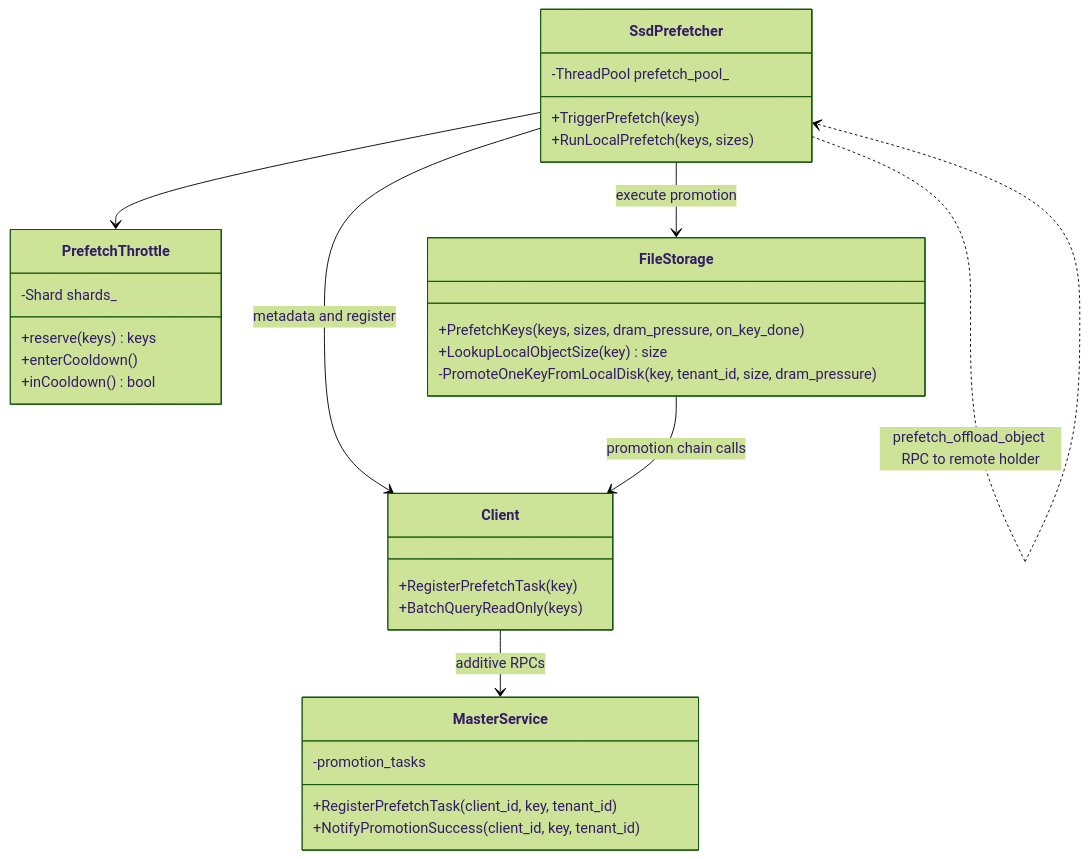
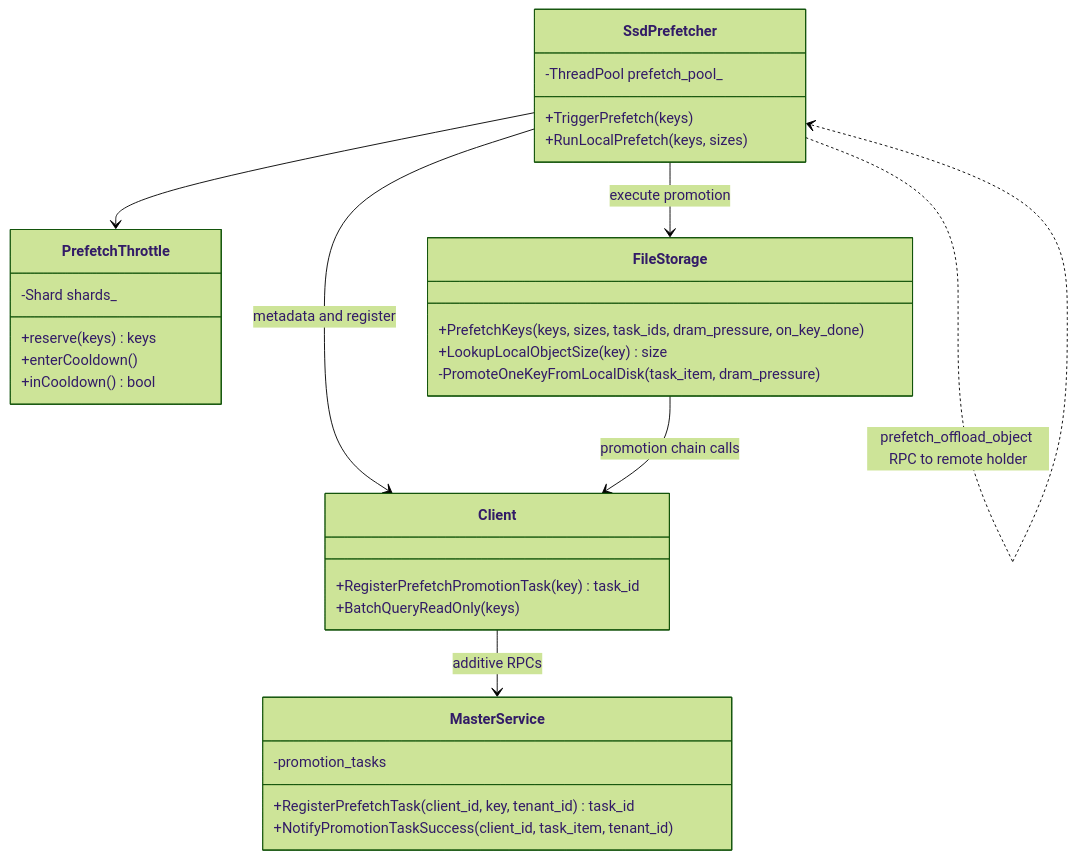
One commit to kvcache-ai/Mooncake changed the first of 5 diagrams in docs/source/design/store/ssd-prefetch.md. Above: the diagram before and after it, drawn with Mermaid (forest theme). The commit also changed other lines of this file and 15 other files, not shown here.

````diff
--- a/docs/source/design/store/ssd-prefetch.md
+++ b/docs/source/design/store/ssd-prefetch.md
@@ -120,34 +131,34 @@
 ```mermaid
 classDiagram
     class SsdPrefetcher {
         +TriggerPrefetch(keys)
         +RunLocalPrefetch(keys, sizes)
         -ThreadPool prefetch_pool_
     }
     class PrefetchThrottle {
         +reserve(keys) keys
         +enterCooldown()
         +inCooldown() bool
         -Shard shards_
     }
     class FileStorage {
-        +PrefetchKeys(keys, sizes, dram_pressure, on_key_done)
+        +PrefetchKeys(keys, sizes, task_ids, dram_pressure, on_key_done)
         +LookupLocalObjectSize(key) size
-        -PromoteOneKeyFromLocalDisk(key, tenant_id, size, dram_pressure)
+        -PromoteOneKeyFromLocalDisk(task_item, dram_pressure)
     }
     class MasterService {
-        +RegisterPrefetchTask(client_id, key, tenant_id)
-        +NotifyPromotionSuccess(client_id, key, tenant_id)
+        +RegisterPrefetchTask(client_id, key, tenant_id) task_id
+        +NotifyPromotionTaskSuccess(client_id, task_item, tenant_id)
         -promotion_tasks
     }
     class Client {
-        +RegisterPrefetchTask(key)
+        +RegisterPrefetchPromotionTask(key) task_id
         +BatchQueryReadOnly(keys)
     }
     SsdPrefetcher --> PrefetchThrottle
     SsdPrefetcher --> Client : metadata and register
     SsdPrefetcher --> FileStorage : execute promotion
     SsdPrefetcher ..> SsdPrefetcher : prefetch_offload_object RPC to remote holder
     Client --> MasterService : additive RPCs
     FileStorage --> Client : promotion chain calls
 ```
````
